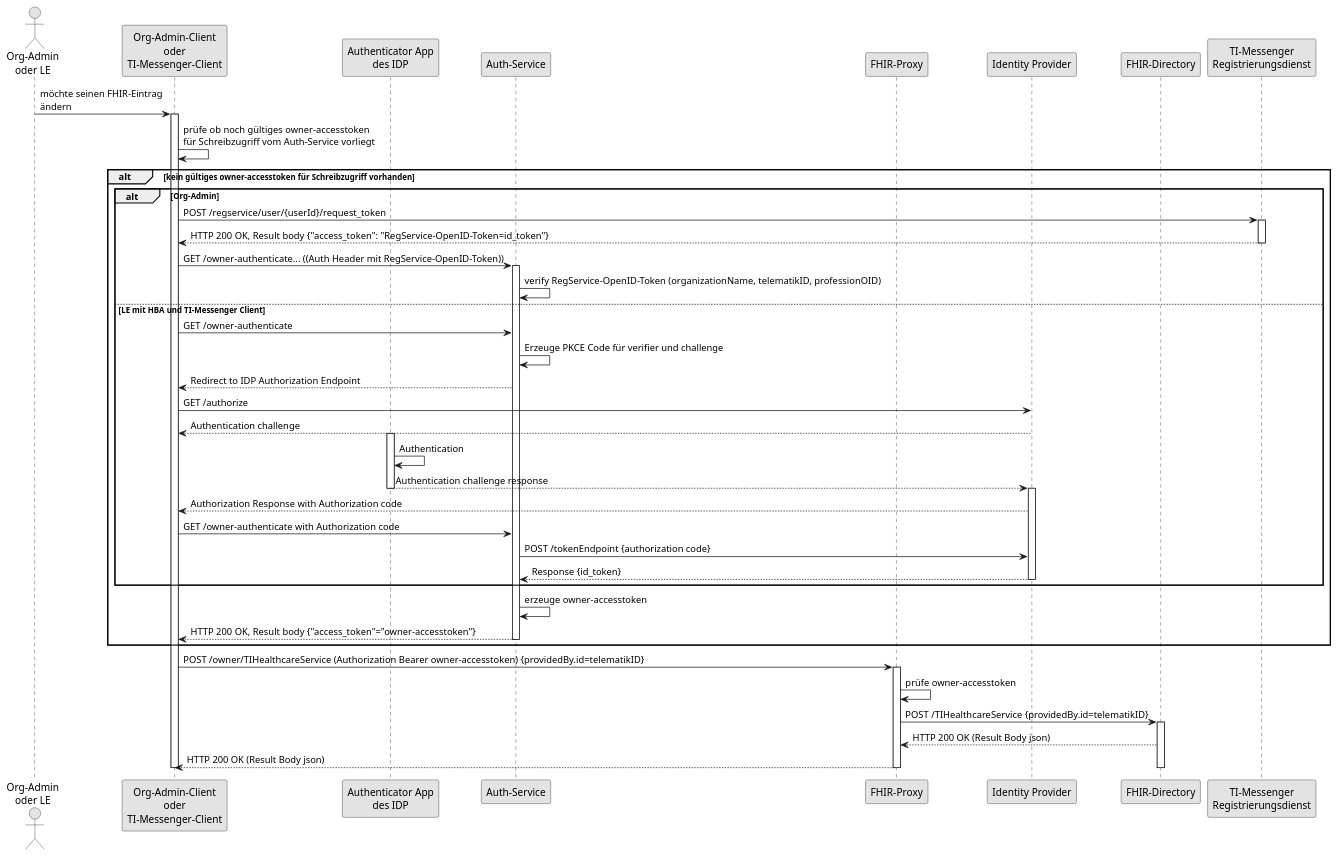
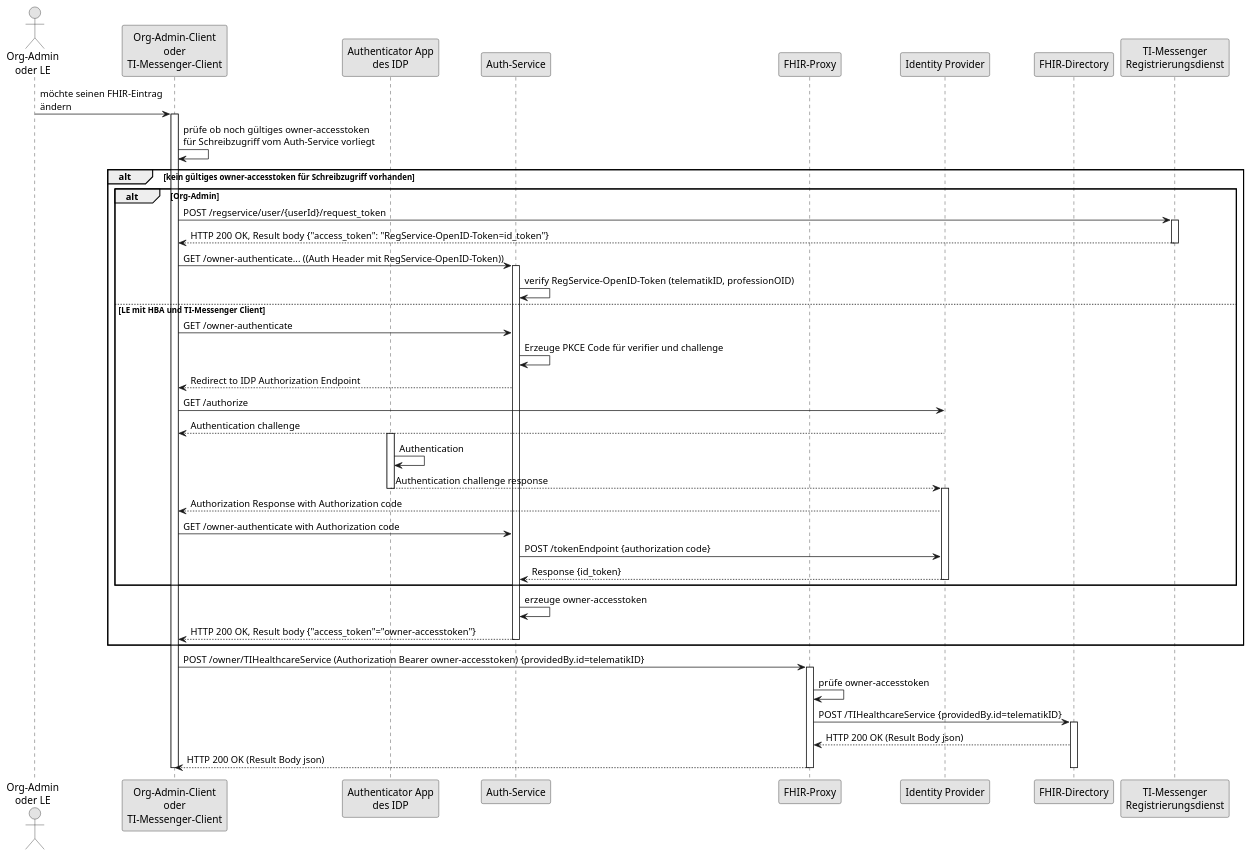
One commit to gematik/api-ti-messenger changed the diagram in src/plantuml/architecture/SequenceDiagram.FHIR-Directory.owner.puml. Above: the diagram before and after it, drawn with PlantUML. The commit also changed 1 other file, not shown here.

Commit message:
update, (OCSP ergänzt, organizationName entfernt)

```diff
--- a/src/plantuml/architecture/SequenceDiagram.FHIR-Directory.owner.puml
+++ b/src/plantuml/architecture/SequenceDiagram.FHIR-Directory.owner.puml
@@ -1,59 +1,59 @@
 @startuml FHIR-Directory, Sequenzdiagram Änderung von eigenen -Einträgen
 skinparam dpi 100
 skinparam WrapWidth 200
 skinparam monochrome true
 
 'title "FHIR-Directory, Sequenzdiagram Änderung von eigenen Einträgen'
 actor o as "Org-Admin\noder LE"
 participant cl as "Org-Admin-Client\noder\nTI-Messenger-Client"
 participant aa as "Authenticator App\ndes IDP"
 participant au as "Auth-Service"
 participant fp as "FHIR-Proxy"
 participant idp as "Identity Provider"
 participant fd as "FHIR-Directory"
 participant rd as "TI-Messenger\nRegistrierungsdienst"
 o -> cl: möchte seinen FHIR-Eintrag\nändern
 activate cl
 cl -> cl: prüfe ob noch gültiges owner-accesstoken\nfür Schreibzugriff vom Auth-Service vorliegt
 alt kein gültiges owner-accesstoken für Schreibzugriff vorhanden
 alt Org-Admin
 cl -> rd: POST /regservice/user/{userId}/request_token
 activate rd
 rd --> cl: HTTP 200 OK, Result body {"access_token": "RegService-OpenID-Token=id_token"}
 deactivate rd
 cl -> au: GET /owner-authenticate... ((Auth Header mit RegService-OpenID-Token))
 activate au
-au -> au: verify RegService-OpenID-Token (organizationName, telematikID, professionOID)
+au -> au: verify RegService-OpenID-Token (telematikID, professionOID)
 else LE mit HBA und TI-Messenger Client
 cl -> au: GET /owner-authenticate
 au -> au: Erzeuge PKCE Code für verifier und challenge
 au --> cl: Redirect to IDP Authorization Endpoint
 cl -> idp: GET /authorize
 idp --> cl: Authentication challenge
 activate aa
 aa -> aa: Authentication
 aa --> idp: Authentication challenge response
 deactivate aa
 activate idp
 idp --> cl: Authorization Response with Authorization code
 cl -> au: GET /owner-authenticate with Authorization code
 au -> idp: POST /tokenEndpoint {authorization code}
 idp --> au: Response {id_token}
 
 deactivate idp
 end
 au -> au: erzeuge owner-accesstoken
 au --> cl: HTTP 200 OK, Result body {"access_token"="owner-accesstoken"}
 deactivate au
 end
 cl -> fp: POST /owner/TIHealthcareService (Authorization Bearer owner-accesstoken) {providedBy.id=telematikID}
 activate fp
 fp -> fp: prüfe owner-accesstoken
 fp -> fd: POST /TIHealthcareService {providedBy.id=telematikID}
 activate fd
 fd --> fp: HTTP 200 OK (Result Body json)
 fp --> cl: HTTP 200 OK (Result Body json)
 deactivate fd
 deactivate fp
 deactivate cl
 @enduml
```
